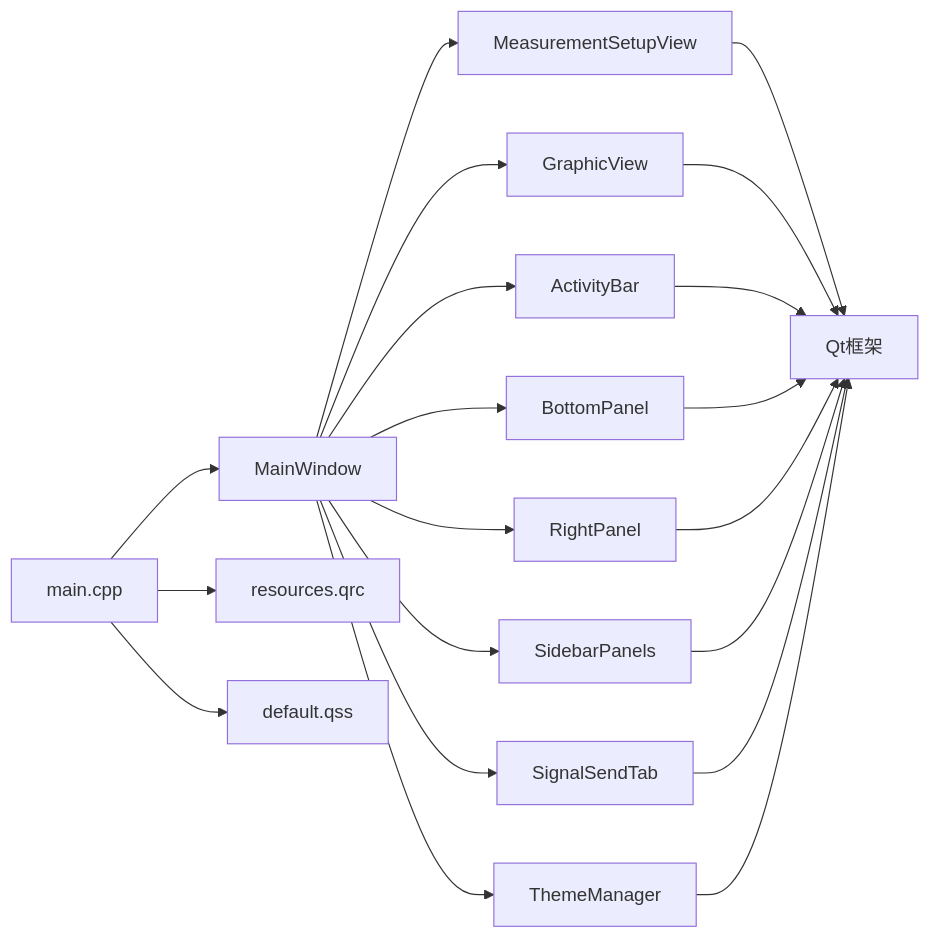
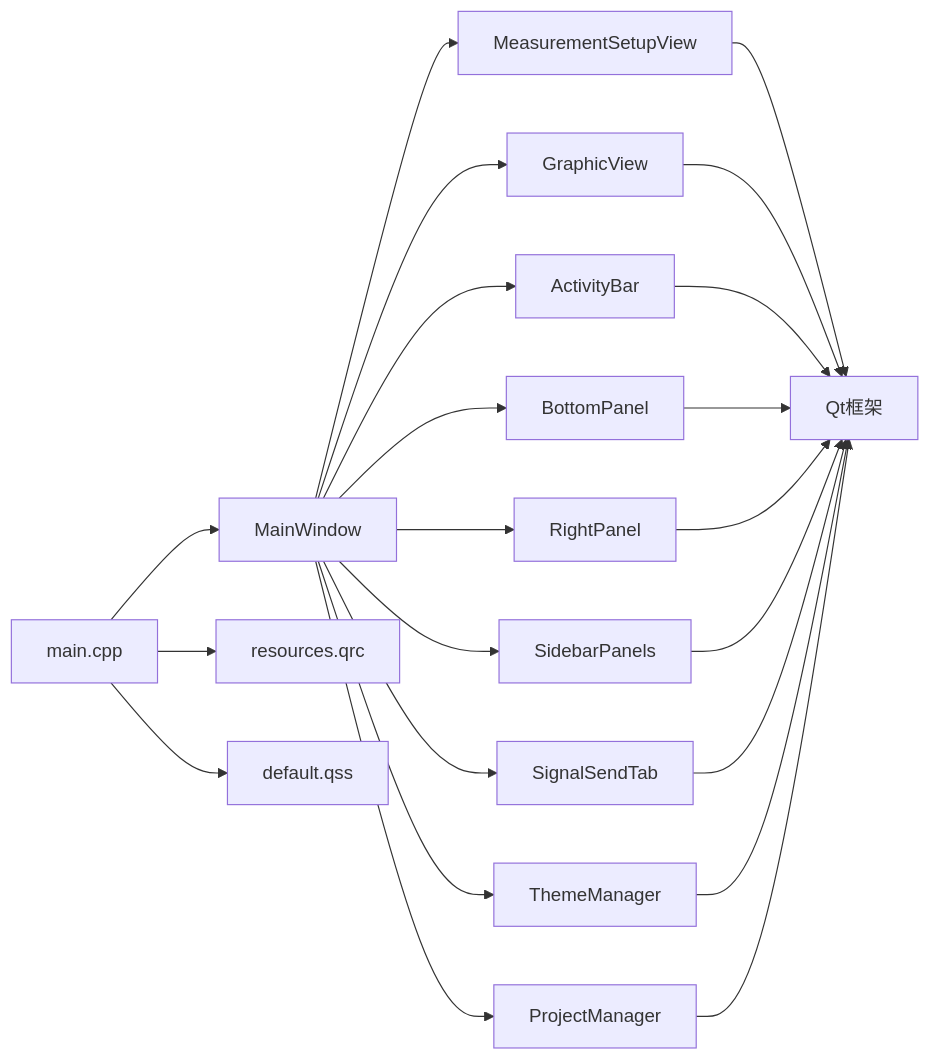
One commit to jakecai1225-design/OpenBus changed the fourth of 4 diagrams in .qoder/repowiki/zh/content/架构设计/主窗口组件架构.md. Above: the diagram before and after it, drawn with Mermaid. The commit also changed other lines of this file and 5 other files, not shown here.

````diff
--- a/.qoder/repowiki/zh/content/架构设计/主窗口组件架构.md
+++ b/.qoder/repowiki/zh/content/架构设计/主窗口组件架构.md
@@ -497,22 +523,24 @@
 ```mermaid
 graph LR
 Main["main.cpp"] --> MW["MainWindow"]
 MW --> MSV["MeasurementSetupView"]
 MW --> GV["GraphicView"]
 MW --> AB["ActivityBar"]
 MW --> BP["BottomPanel"]
 MW --> RP["RightPanel"]
 MW --> SP["SidebarPanels"]
 MW --> TAB["SignalSendTab"]
 MW --> TM["ThemeManager"]
+MW --> PM["ProjectManager"]
 MSV --> Qt["Qt框架"]
 GV --> Qt
 AB --> Qt
 BP --> Qt
 RP --> Qt
 SP --> Qt
 TAB --> Qt
 TM --> Qt
+PM --> Qt
 Main --> Res["resources.qrc"]
 Main --> QSS["default.qss"]
 ```
````
